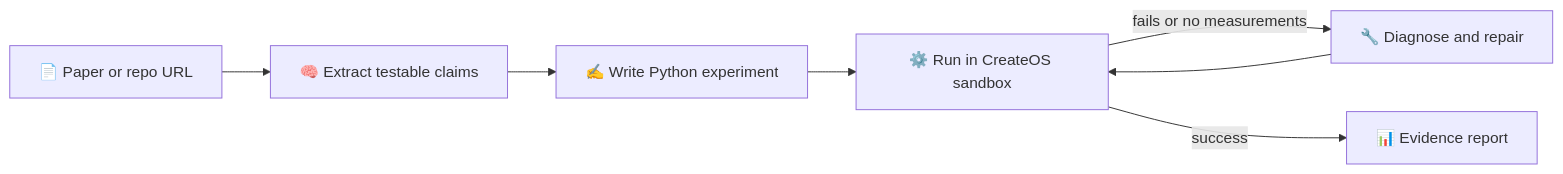
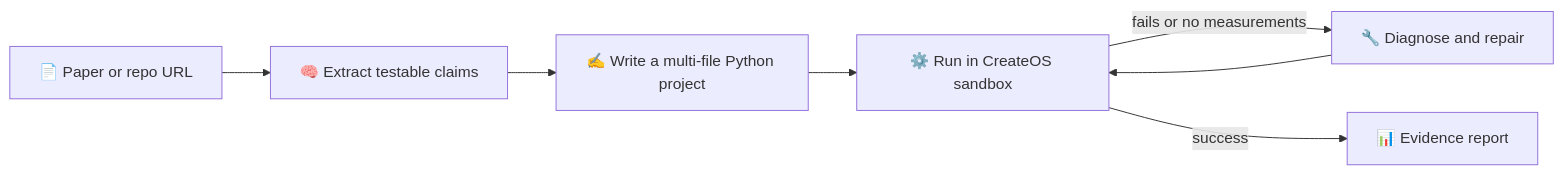
One commit to birukabza/trace changed the first of 2 diagrams in README.md. Above: the diagram before and after it, drawn with Mermaid. The commit also changed other lines of this file and 12 other files, not shown here.

````diff
--- a/README.md
+++ b/README.md
@@ -25,9 +25,9 @@
 ```mermaid
 flowchart LR
     A[📄 Paper or repo URL] --> B[🧠 Extract testable claims]
-    B --> C[✍️ Write Python experiment]
+    B --> C[✍️ Write a multi-file Python project]
     C --> D[⚙️ Run in CreateOS sandbox]
     D -->|fails or no measurements| E[🔧 Diagnose and repair]
     E --> D
     D -->|success| F[📊 Evidence report]
 ```
````
